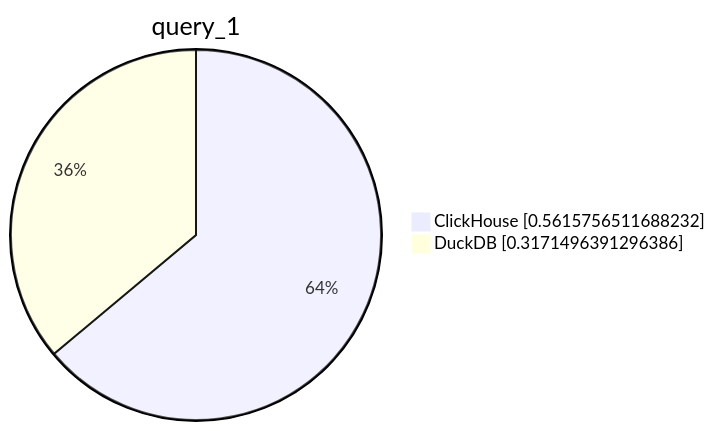
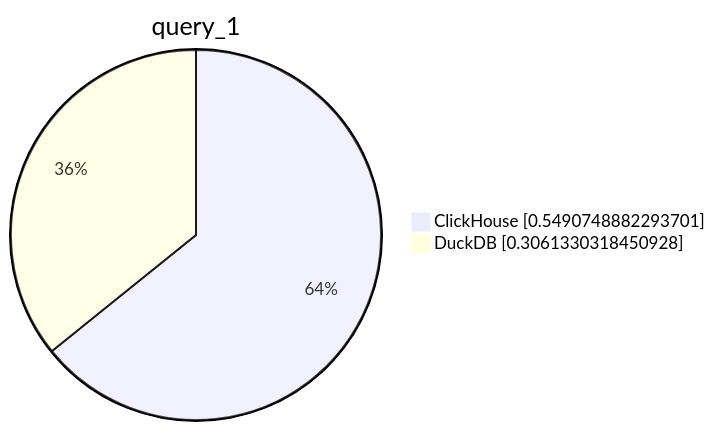
The second of 10 diagrams in parquet/performance/performance_reports/results.md (Altinity/clickhouse-regression), drawn with Mermaid before and after one commit. The commit also changed other lines of this file and 2 other files, not shown here.

````diff
--- a/parquet/performance/performance_reports/results.md
+++ b/parquet/performance/performance_reports/results.md
@@ -12,6 +12,6 @@
 ```mermaid
      pie showData
          title query_1
-         "ClickHouse" : 0.5615756511688232
-         "DuckDB" : 0.3171496391296386
+         "ClickHouse" : 0.5490748882293701
+         "DuckDB" : 0.3061330318450928
 ```
````
